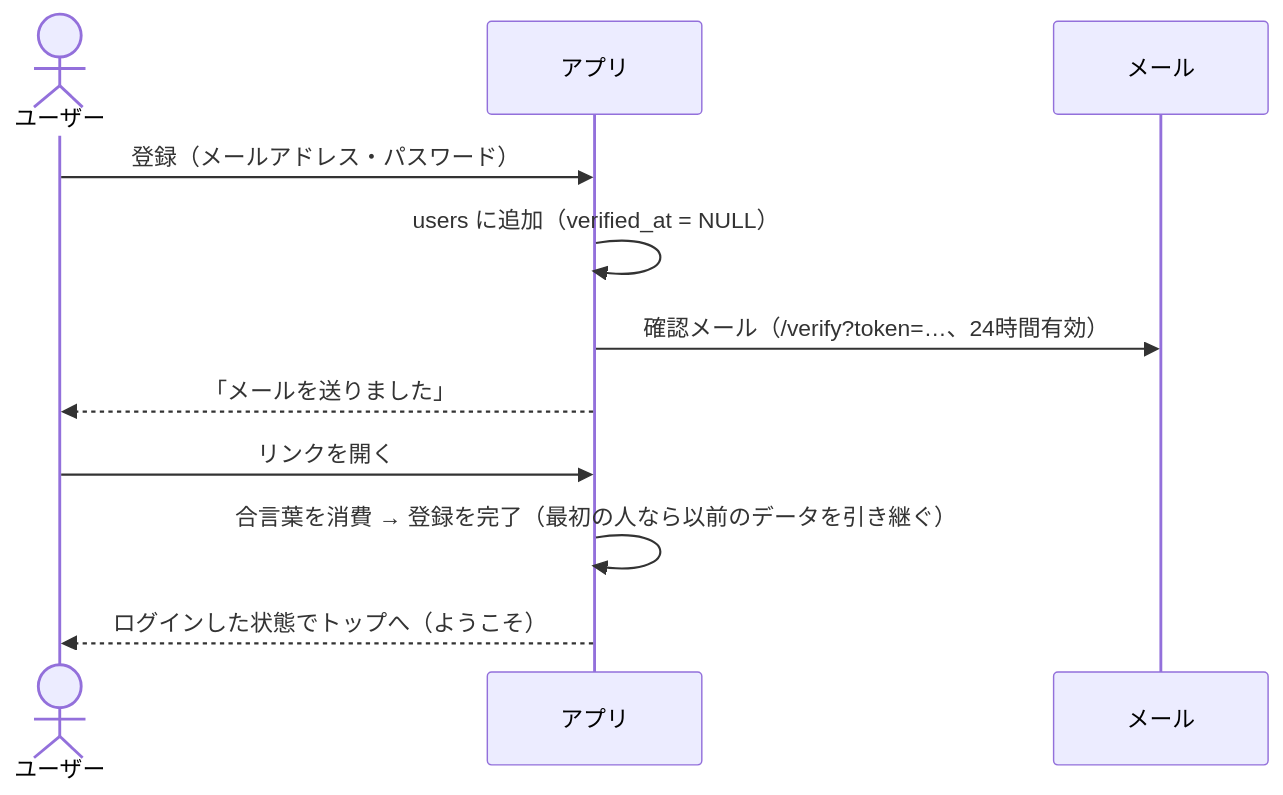
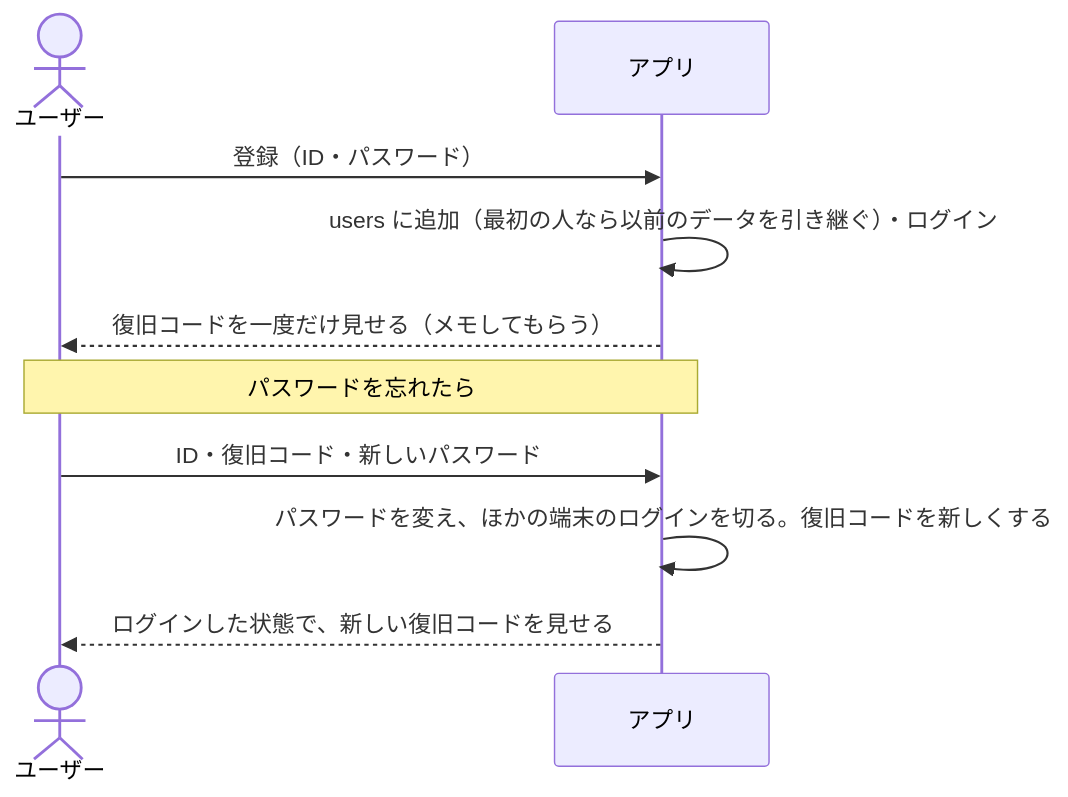
Before and after one commit to keizoku/flashcard-app: the first of 2 diagrams in docs/auth.md, drawn with Mermaid. The commit also changed other lines of this file and 78 other files, not shown here.

````diff
--- a/docs/auth.md
+++ b/docs/auth.md
@@ -7,13 +10,12 @@
 ```mermaid
 sequenceDiagram
   actor U as ユーザー
   participant A as アプリ
-  participant M as メール
-  U->>A: 登録（メールアドレス・パスワード）
-  A->>A: users に追加（verified_at = NULL）
-  A->>M: 確認メール（/verify?token=…、24時間有効）
-  A-->>U: 「メールを送りました」
-  U->>A: リンクを開く
-  A->>A: 合言葉を消費 → 登録を完了（最初の人なら以前のデータを引き継ぐ）
-  A-->>U: ログインした状態でトップへ（ようこそ）
+  U->>A: 登録（ID・パスワード）
+  A->>A: users に追加（最初の人なら以前のデータを引き継ぐ）・ログイン
+  A-->>U: 復旧コードを一度だけ見せる（メモしてもらう）
+  Note over U,A: パスワードを忘れたら
+  U->>A: ID・復旧コード・新しいパスワード
+  A->>A: パスワードを変え、ほかの端末のログインを切る。復旧コードを新しくする
+  A-->>U: ログインした状態で、新しい復旧コードを見せる
 ```
````
